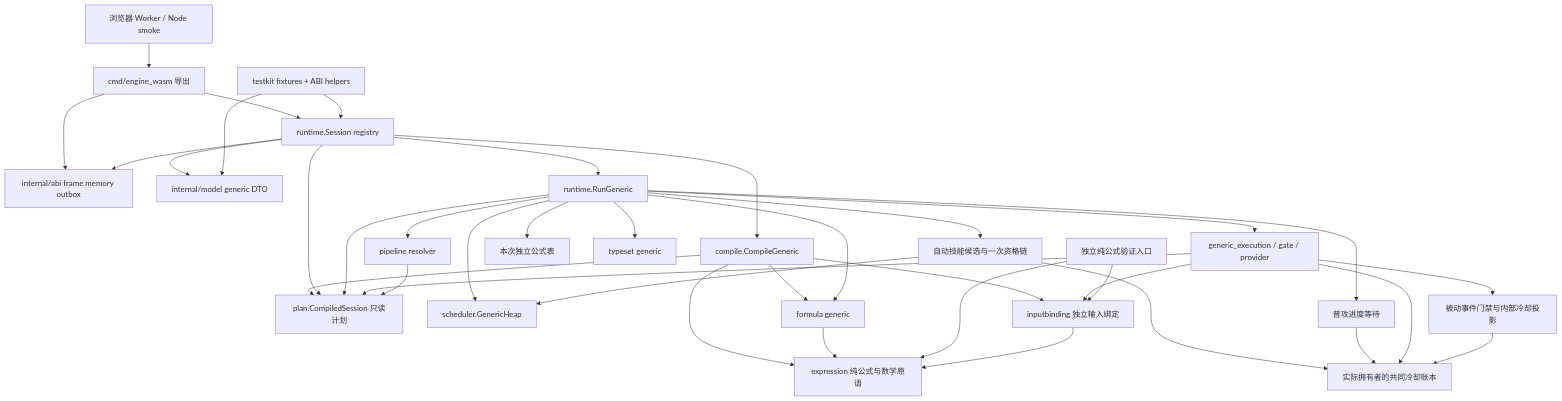
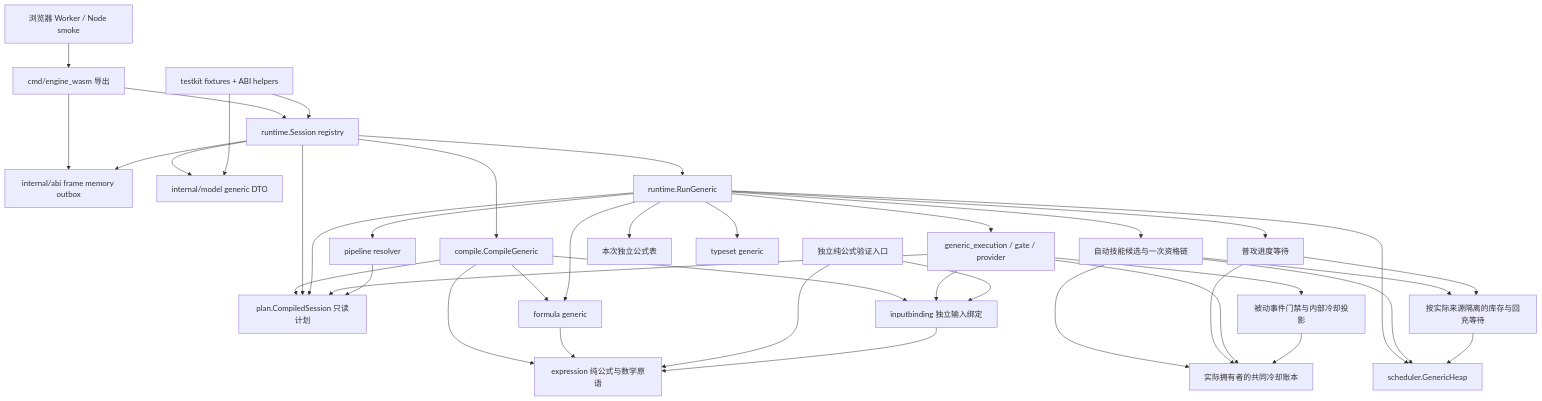
One commit to JeanbartBiubiu/damage_viewer_project_planning changed the first of 4 diagrams in wasm/tinygo_engine_v2/ARCHITECTURE.md. Above: the diagram before and after it, drawn with Mermaid. The commit also changed 19 other files, not shown here.

````diff
--- a/wasm/tinygo_engine_v2/ARCHITECTURE.md
+++ b/wasm/tinygo_engine_v2/ARCHITECTURE.md
@@ -7,62 +7,66 @@
 ```mermaid
 graph TD
     Host["浏览器 Worker / Node smoke"]
     Exports["cmd/engine_wasm 导出"]
     ABI["internal/abi frame memory outbox"]
     Session["runtime.Session registry"]
     Model["internal/model generic DTO"]
     Compile["compile.CompileGeneric"]
     Compiled["plan.CompiledSession 只读计划"]
     Run["runtime.RunGeneric"]
     Exec["generic_execution / gate / provider"]
     Scheduler["scheduler.GenericHeap"]
     Automatic["自动技能候选与一次资格链"]
     Cooldown["实际拥有者的共同冷却账本"]
     Attack["普攻进度等待"]
+	Ammo["按实际来源隔离的库存与回充等待"]
     Passive["被动事件门禁与内部冷却投影"]
     Formula["formula generic"]
     Pure["expression 纯公式与数学原语"]
     Binding["inputbinding 独立输入绑定"]
     Probe["独立纯公式验证入口"]
     RunFormulas["本次独立公式表"]
     Typeset["typeset generic"]
     Pipeline["pipeline resolver"]
     Testkit["testkit fixtures + ABI helpers"]
 
     Host --> Exports
     Exports --> ABI
     Exports --> Session
     Session --> ABI
     Session --> Model
     Session --> Compile
     Compile --> Compiled
     Compile --> Formula
     Compile --> Pure
     Compile --> Binding
     Session --> Compiled
     Session --> Run
     Run --> Exec
     Run --> Scheduler
     Run --> Automatic
     Run --> Attack
     Automatic --> Cooldown
+	Automatic --> Ammo
     Automatic --> Scheduler
     Attack --> Cooldown
+	Attack --> Ammo
+	Ammo --> Scheduler
     Exec --> Cooldown
     Exec --> Passive
     Passive --> Cooldown
     Run --> Formula
     Run --> Typeset
     Run --> Pipeline
     Run --> Compiled
     Exec --> Compiled
     Exec --> Binding
     Pipeline --> Compiled
     Run --> RunFormulas
     Formula --> Pure
     Probe --> Pure
     Probe --> Binding
     Binding --> Pure
     Testkit --> Session
     Testkit --> Model
 ```
````
